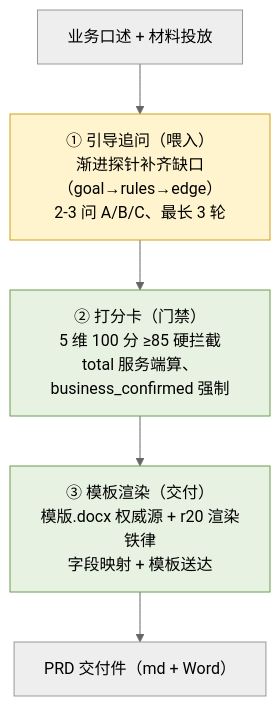
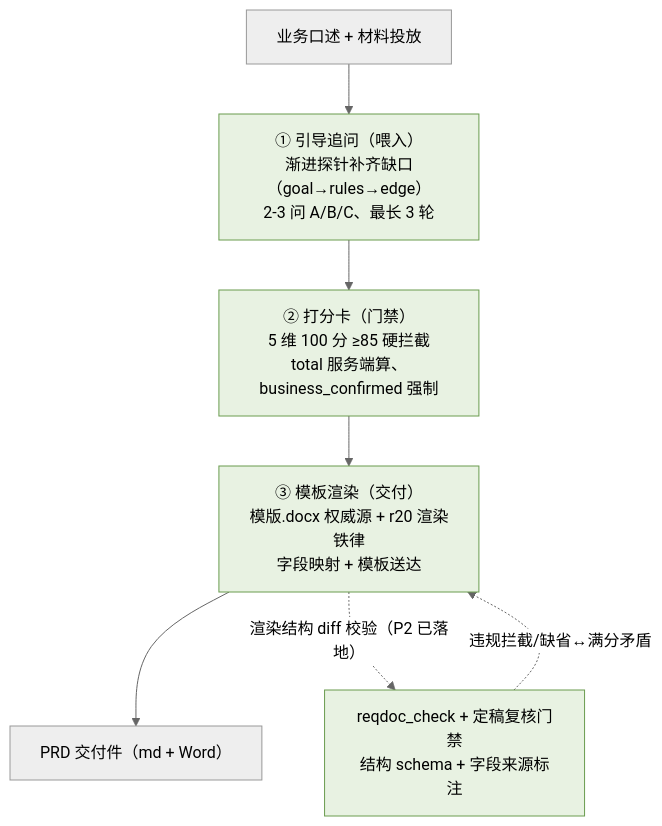
One commit to wonglaitung/opencode changed diagram 16 of 19 in opencode-session-mgmt/docs/session-management.md. Above: the diagram before and after it, drawn with Mermaid (neutral theme). The commit also changed other lines of this file and 1 other file, not shown here.

First line of the commit message:
docs(reqdoc): P2 渲染可测化文档同步——r23/r24 规则、7.5 门禁图、13.x 场景与落地记录

````diff
--- a/opencode-session-mgmt/docs/session-management.md
+++ b/opencode-session-mgmt/docs/session-management.md
@@ -1455,11 +1460,14 @@
 ```mermaid
 flowchart TD
     I["业务口述 + 材料投放"] --> A["① 引导追问（喂入）<br/>渐进探针补齐缺口（goal→rules→edge）<br/>2-3 问 A/B/C、最长 3 轮"]
     A --> B["② 打分卡（门禁）<br/>5 维 100 分 ≥85 硬拦截<br/>total 服务端算、business_confirmed 强制"]
     B --> C["③ 模板渲染（交付）<br/>模版.docx 权威源 + r20 渲染铁律<br/>字段映射 + 模板送达"]
     C --> O["PRD 交付件（md + Word）"]
-    %% 风险分布：模板/打分已结构性固化（绿色）；追问纯规则文本驱动（黄色，最软、加固优先级）
-    style A fill:#fff4ce,stroke:#d4a017
+    C -. 渲染结构 diff 校验（P2 已落地） .-> D["reqdoc_check + 定稿复核门禁<br/>结构 schema + 字段来源标注"]
+    D -. 违规拦截/缺省↔满分矛盾 .-> C
+    %% 风险分布：三大支柱均已结构性固化（绿色）
+    style A fill:#e8f2e2,stroke:#6a9c4f
     style B fill:#e8f2e2,stroke:#6a9c4f
     style C fill:#e8f2e2,stroke:#6a9c4f
+    style D fill:#e8f2e2,stroke:#6a9c4f
 ```
````
